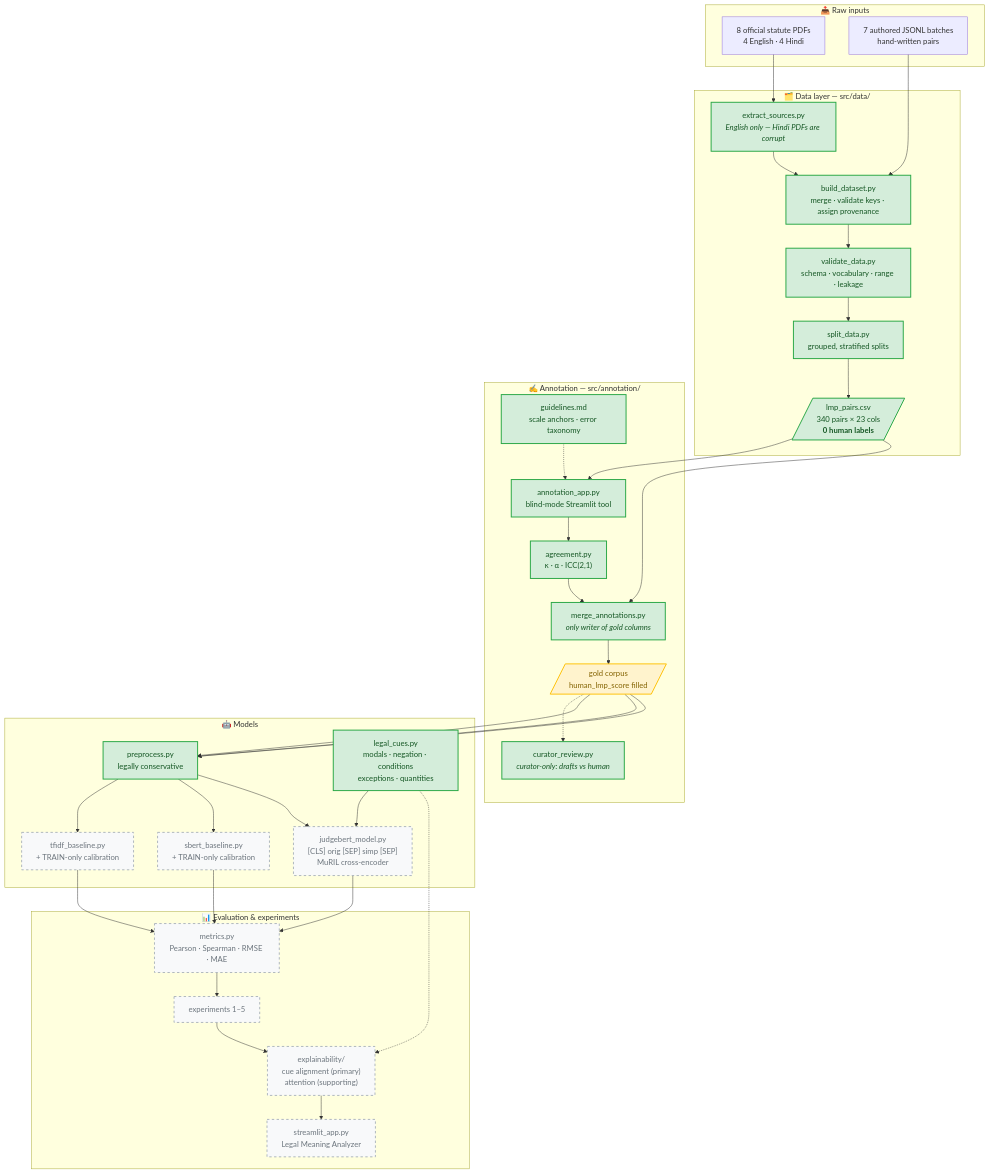
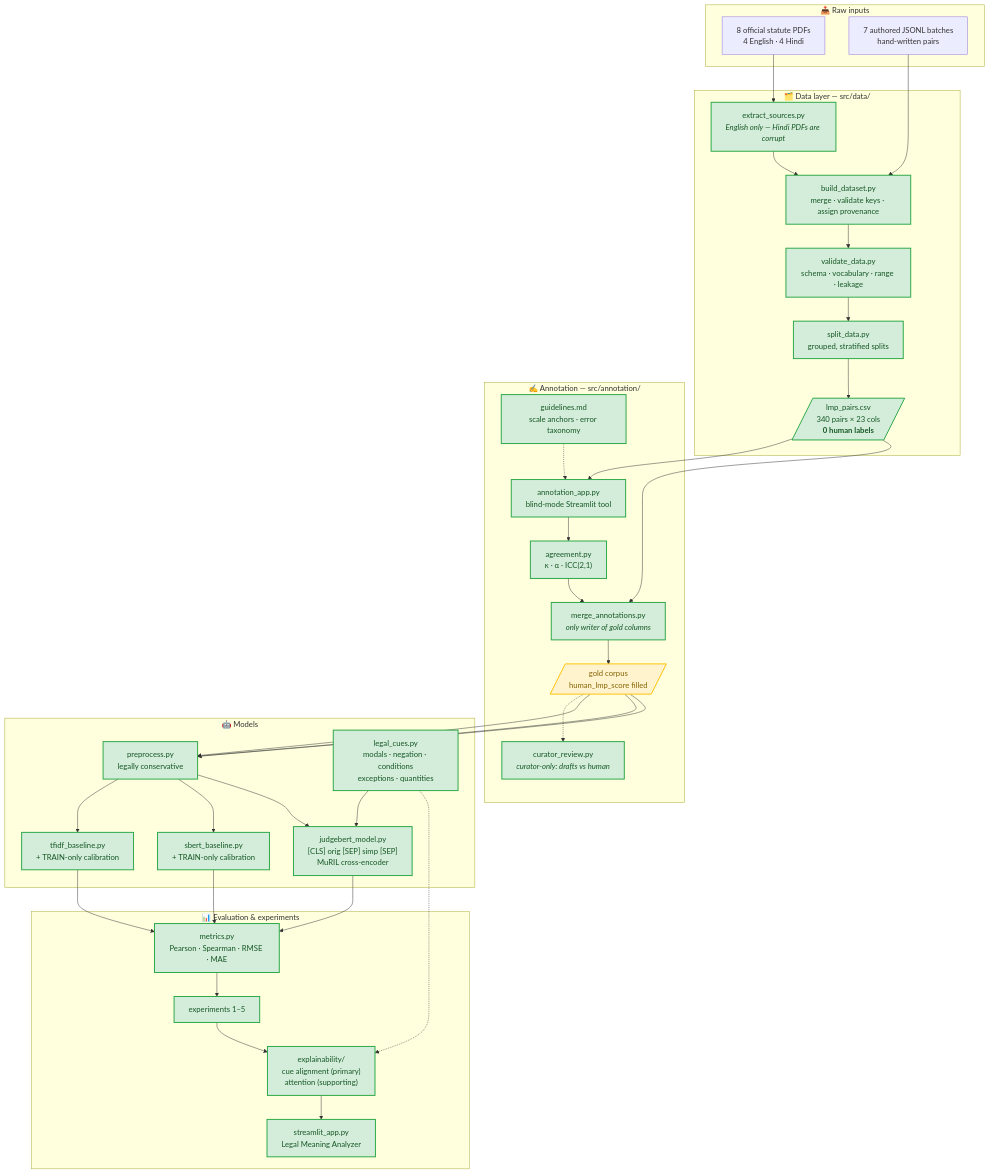
One commit to Ruchirtripathi/JudgeBERT changed the diagram in README.md. Above: the diagram before and after it, drawn with Mermaid. The commit also changed other lines of this file and 84 other files, not shown here.

````diff
--- a/README.md
+++ b/README.md
@@ -56,67 +60,66 @@
 ```mermaid
 flowchart TD
     subgraph inputs["📥 Raw inputs"]
         PDF["8 official statute PDFs<br/>4 English · 4 Hindi"]
         AUTH["7 authored JSONL batches<br/>hand-written pairs"]
     end
 
     subgraph dataprep["🗂️ Data layer — src/data/"]
         EXTRACT["extract_sources.py<br/><i>English only — Hindi PDFs are corrupt</i>"]
         BUILD["build_dataset.py<br/>merge · validate keys · assign provenance"]
         VALID["validate_data.py<br/>schema · vocabulary · range · leakage"]
         SPLIT["split_data.py<br/>grouped, stratified splits"]
         MASTER[/"lmp_pairs.csv<br/>340 pairs × 23 cols<br/><b>0 human labels</b>"/]
     end
 
     subgraph annot["✍️ Annotation — src/annotation/"]
         APP["annotation_app.py<br/>blind-mode Streamlit tool"]
         GUIDE["guidelines.md<br/>scale anchors · error taxonomy"]
         AGREE["agreement.py<br/>κ · α · ICC(2,1)"]
         MERGE["merge_annotations.py<br/><i>only writer of gold columns</i>"]
         CUR["curator_review.py<br/><i>curator-only: drafts vs human</i>"]
         GOLD[/"gold corpus<br/>human_lmp_score filled"/]
     end
 
     subgraph models["🤖 Models"]
         PRE["preprocess.py<br/>legally conservative"]
         CUES["legal_cues.py<br/>modals · negation · conditions<br/>exceptions · quantities"]
         TFIDF["tfidf_baseline.py<br/>+ TRAIN-only calibration"]
         SBERT["sbert_baseline.py<br/>+ TRAIN-only calibration"]
         JB["judgebert_model.py<br/>[CLS] orig [SEP] simp [SEP]<br/>MuRIL cross-encoder"]
     end
 
     subgraph eval["📊 Evaluation & experiments"]
         METRICS["metrics.py<br/>Pearson · Spearman · RMSE · MAE"]
         EXP["experiments 1–5"]
         EXPL["explainability/<br/>cue alignment (primary)<br/>attention (supporting)"]
         DASH["streamlit_app.py<br/>Legal Meaning Analyzer"]
     end
 
     PDF --> EXTRACT --> BUILD
     AUTH --> BUILD
     BUILD --> VALID --> SPLIT --> MASTER
     MASTER --> APP
     GUIDE -.-> APP
     APP --> AGREE --> MERGE --> GOLD
     MASTER --> MERGE
     GOLD -.-> CUR
 
     GOLD --> PRE --> TFIDF
     GOLD --> PRE --> SBERT
     GOLD --> PRE --> JB
     CUES --> JB
     CUES -.-> EXPL
 
     TFIDF --> METRICS
     SBERT --> METRICS
     JB --> METRICS
     METRICS --> EXP --> EXPL --> DASH
 
     classDef done fill:#d4edda,stroke:#28a745,stroke-width:2px,color:#155724
     classDef waiting fill:#fff3cd,stroke:#ffc107,stroke-width:2px,color:#856404
     classDef todo fill:#f8f9fa,stroke:#adb5bd,stroke-width:2px,stroke-dasharray:5 5,color:#6c757d
 
-    class EXTRACT,BUILD,VALID,SPLIT,MASTER,APP,GUIDE,AGREE,MERGE,CUR,PRE,CUES done
+    class EXTRACT,BUILD,VALID,SPLIT,MASTER,APP,GUIDE,AGREE,MERGE,CUR,PRE,CUES,TFIDF,SBERT,JB,METRICS,EXP,EXPL,DASH done
     class GOLD waiting
-    class TFIDF,SBERT,JB,METRICS,EXP,EXPL,DASH todo
 ```
````
